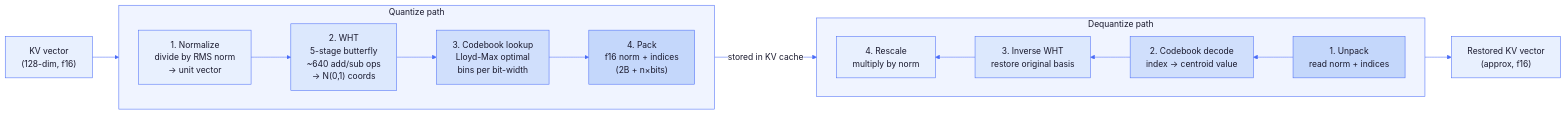
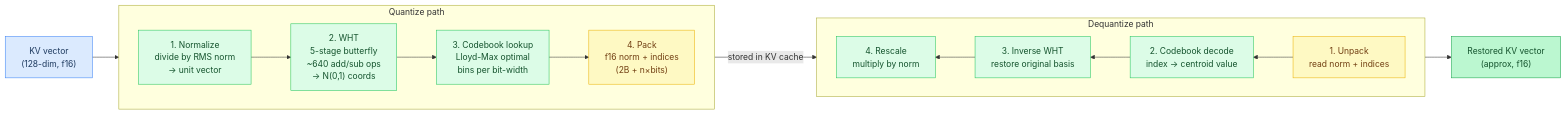
One commit to maci0/agave changed the fifth of 8 diagrams in docs/tutorial/04-quantization.md. Above: the diagram before and after it, drawn with Mermaid. The commit also changed other lines of this file and 24 other files, not shown here.

First line of the commit message:
docs: convert all mermaid diagrams to classDef semantic colors

````diff
--- a/docs/tutorial/04-quantization.md
+++ b/docs/tutorial/04-quantization.md
@@ -561,48 +558,33 @@
 ```mermaid
-%%{init: {'theme': 'base', 'themeVariables': {
-  'primaryColor': '#e8f0fe',
-  'primaryTextColor': '#1a1a2e',
-  'primaryBorderColor': '#4a6cf7',
-  'lineColor': '#4a6cf7',
-  'secondaryColor': '#f0f4ff',
-  'tertiaryColor': '#f8f9ff',
-  'edgeLabelBackground': '#ffffff',
-  'clusterBkg': '#f0f4ff',
-  'clusterBorder': '#4a6cf7',
-  'titleColor': '#1a1a2e',
-  'nodeTextColor': '#1a1a2e',
-  'fontFamily': 'ui-monospace, SFMono-Regular, monospace'
-}}}%%
 flowchart LR
-    KV["KV vector\n(128-dim, f16)"]
+    classDef setup     fill:#dbeafe,stroke:#3b82f6,color:#1e3a5f
+    classDef sync      fill:#dcfce7,stroke:#22c55e,color:#14532d
+    classDef migration fill:#fef9c3,stroke:#eab308,color:#713f12
+    classDef success   fill:#bbf7d0,stroke:#16a34a,color:#14532d
+    classDef danger    fill:#fee2e2,stroke:#ef4444,color:#7f1d1d
+    classDef optional  fill:#f3e8ff,stroke:#9333ea,color:#581c87
+
+    KV["KV vector\n(128-dim, f16)"]:::setup
+    OUT["Restored KV vector\n(approx, f16)"]:::success
 
     subgraph Quantize["Quantize path"]
         direction LR
-        N1["1. Normalize\ndivide by RMS norm\n→ unit vector"]
-        W1["2. WHT\n5-stage butterfly\n~640 add/sub ops\n→ N(0,1) coords"]
-        CB1["3. Codebook lookup\nLloyd-Max optimal\nbins per bit-width"]
-        PK["4. Pack\nf16 norm + indices\n(2B + n×bits)"]
+        N1["1. Normalize\ndivide by RMS norm\n→ unit vector"]:::sync
+        W1["2. WHT\n5-stage butterfly\n~640 add/sub ops\n→ N(0,1) coords"]:::sync
+        CB1["3. Codebook lookup\nLloyd-Max optimal\nbins per bit-width"]:::sync
+        PK["4. Pack\nf16 norm + indices\n(2B + n×bits)"]:::migration
     end
 
     subgraph Dequantize["Dequantize path"]
         direction RL
-        UPK["1. Unpack\nread norm + indices"]
-        CB2["2. Codebook decode\nindex → centroid value"]
-        IW["3. Inverse WHT\nrestore original basis"]
-        RS["4. Rescale\nmultiply by norm"]
+        UPK["1. Unpack\nread norm + indices"]:::migration
+        CB2["2. Codebook decode\nindex → centroid value"]:::sync
+        IW["3. Inverse WHT\nrestore original basis"]:::sync
+        RS["4. Rescale\nmultiply by norm"]:::sync
     end
 
     KV --> N1 --> W1 --> CB1 --> PK
     PK -->|"stored in KV cache"| UPK
     UPK --> CB2 --> IW --> RS
-    RS --> OUT["Restored KV vector\n(approx, f16)"]
-
-    style N1 fill:#e8f0fe
-    style W1 fill:#dce8fd
-    style CB1 fill:#d0dffc
-    style PK fill:#c4d7fb
-    style UPK fill:#c4d7fb
-    style CB2 fill:#d0dffc
-    style IW fill:#dce8fd
-    style RS fill:#e8f0fe
+    RS --> OUT
 ```
````
